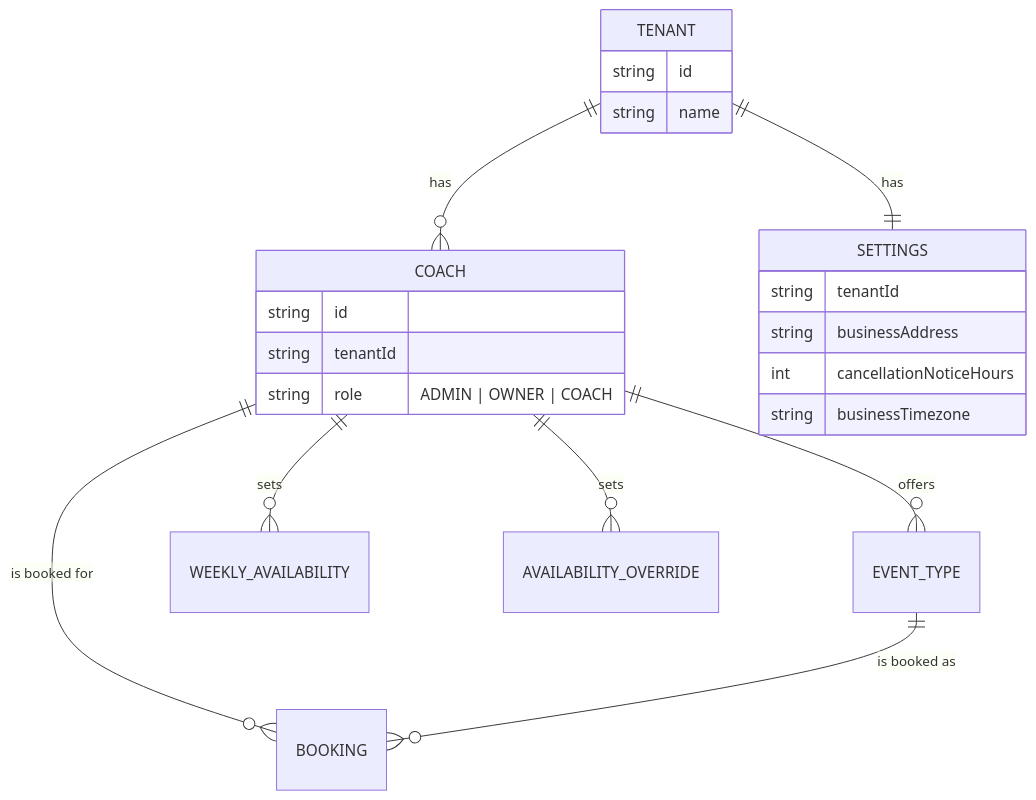
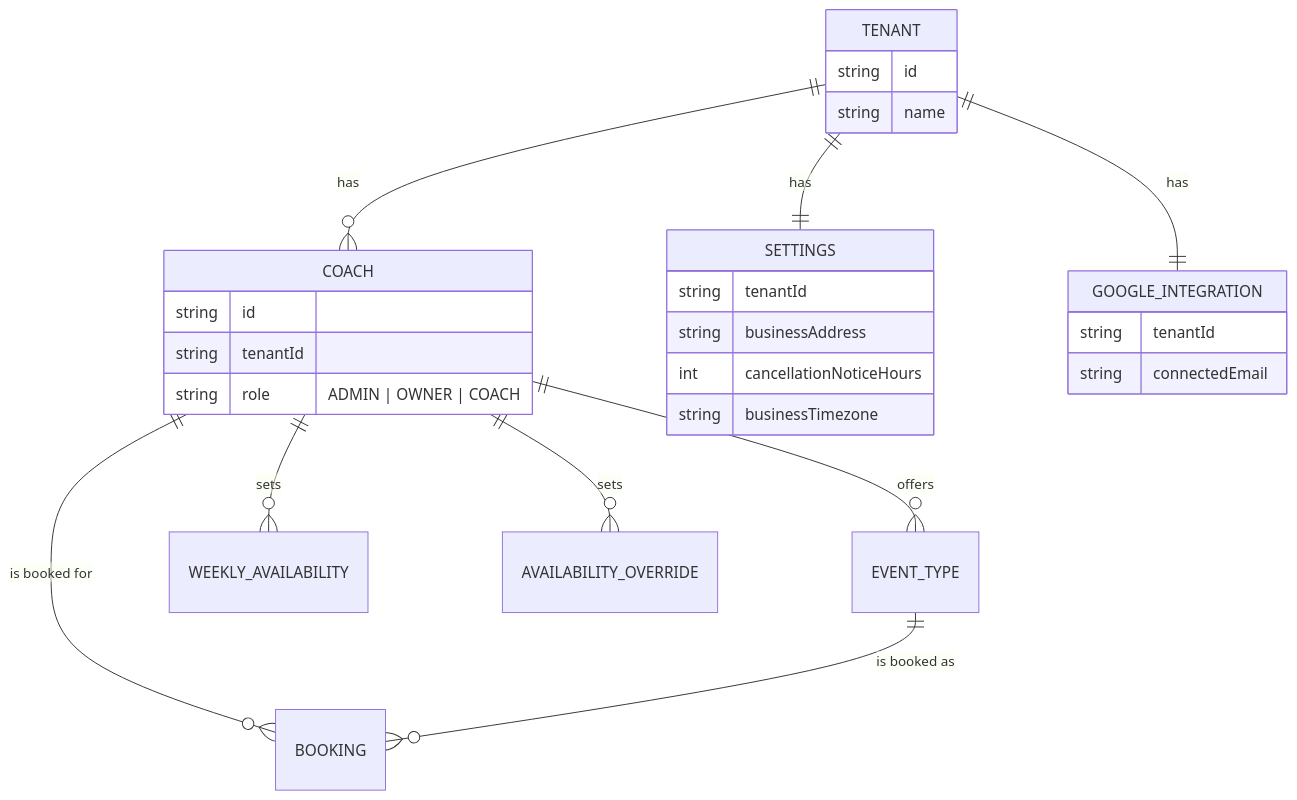
The diagram in CONTEXT.md (gerencserjani/betti-coaching-calendar), drawn with Mermaid before and after one commit. The commit also changed other lines of this file and 9 other files, not shown here.

````diff
--- a/CONTEXT.md
+++ b/CONTEXT.md
@@ -19,26 +19,31 @@
 ```mermaid
 erDiagram
     TENANT ||--o{ COACH : "has"
     TENANT ||--|| SETTINGS : "has"
+    TENANT ||--|| GOOGLE_INTEGRATION : "has"
     COACH ||--o{ EVENT_TYPE : "offers"
     COACH ||--o{ BOOKING : "is booked for"
     COACH ||--o{ WEEKLY_AVAILABILITY : "sets"
     COACH ||--o{ AVAILABILITY_OVERRIDE : "sets"
     EVENT_TYPE ||--o{ BOOKING : "is booked as"
 
     TENANT {
         string id
         string name
     }
     COACH {
         string id
         string tenantId
         string role "ADMIN | OWNER | COACH"
     }
     SETTINGS {
         string tenantId
         string businessAddress
         int cancellationNoticeHours
         string businessTimezone
     }
+    GOOGLE_INTEGRATION {
+        string tenantId
+        string connectedEmail
+    }
 ```
````
